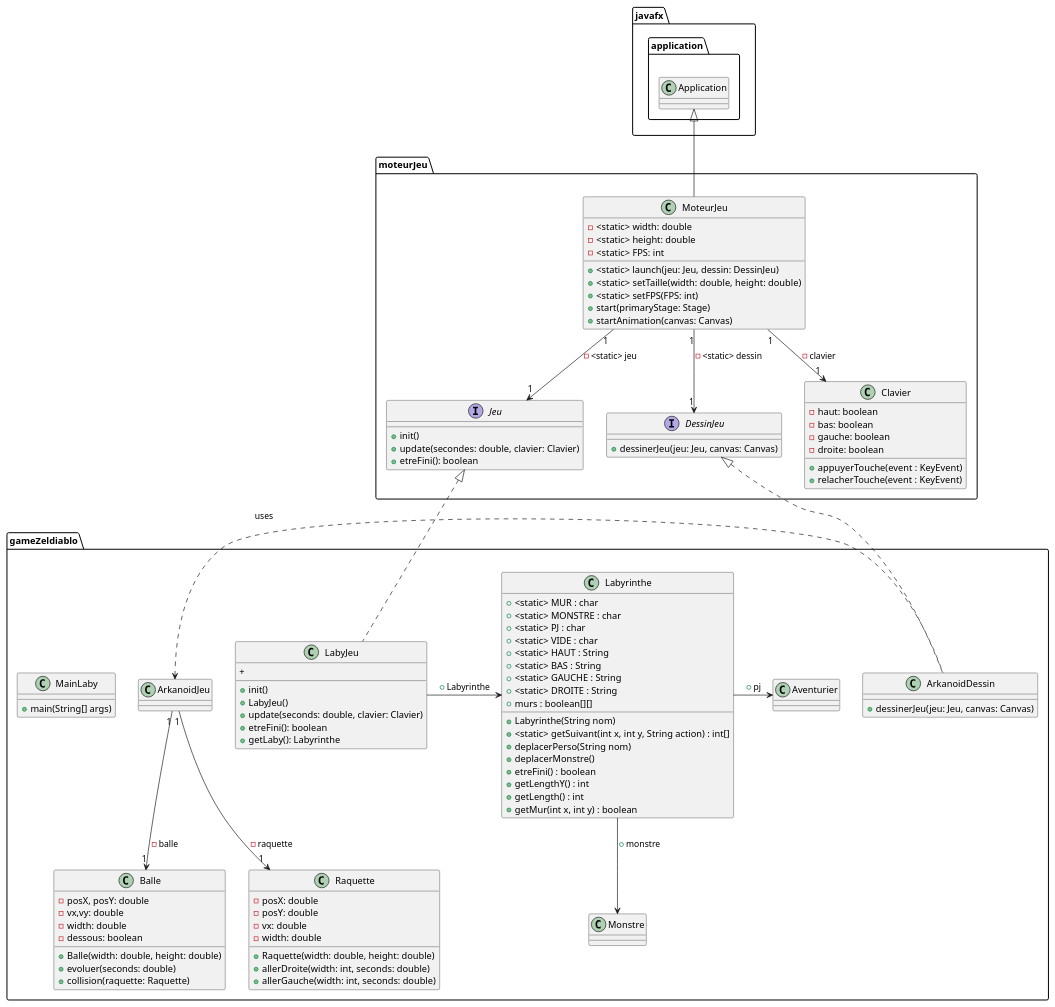
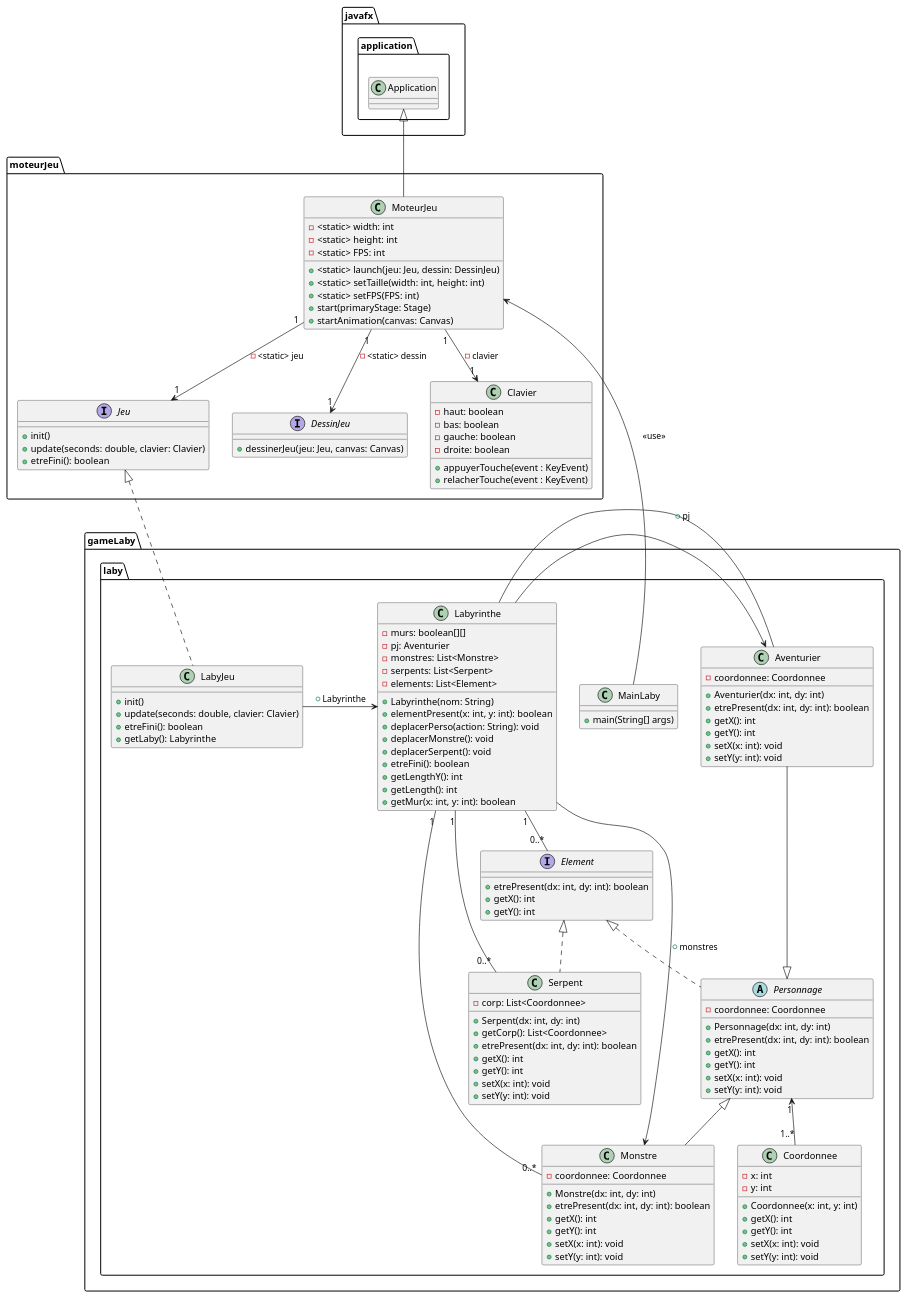
The diagram in documents/version_2/diagClass_v2.puml (1001ms/2023_Zeldiablo_walczak_amaglio_arcelin_berret_brun), drawn with PlantUML before and after one commit. The commit also changed 3 other files, not shown here.

Commit message:
ajout des diagrammes et image aventurier

```diff
--- a/documents/version_2/diagClass_v2.puml
+++ b/documents/version_2/diagClass_v2.puml
@@ -1,130 +1,161 @@
 @startuml
 
 package javafx.application{
 class Application{
 }
 }
 
 
 package moteurJeu{
 
 class MoteurJeu{
-- <static> width: double
-- <static> height: double
+- <static> width: int
+- <static> height: int
 - <static> FPS: int
 + <static> launch(jeu: Jeu, dessin: DessinJeu)
-+ <static> setTaille(width: double, height: double)
++ <static> setTaille(width: int, height: int)
 + <static> setFPS(FPS: int)
 + start(primaryStage: Stage)
 + startAnimation(canvas: Canvas)
 }
 
 Application <|-- MoteurJeu
 
 
 
 interface Jeu{
 + init()
-+ update(secondes: double, clavier: Clavier)
++ update(seconds: double, clavier: Clavier)
 + etreFini(): boolean
 }
 
 MoteurJeu "1" --> "1" Jeu : - <static> jeu
 
 
 interface DessinJeu{
 + dessinerJeu(jeu: Jeu, canvas: Canvas)
 }
 
 MoteurJeu "1" --> "1" DessinJeu : - <static> dessin
 
 class Clavier{
 - haut: boolean
 - bas: boolean
 - gauche: boolean
 - droite: boolean
 + appuyerTouche(event : KeyEvent)
 + relacherTouche(event : KeyEvent)
 }
 
 MoteurJeu "1" --> "1" Clavier : - clavier
 }
 
 
-package gameZeldiablo{
-
+package gameLaby.laby{
 class LabyJeu{
 + init()
-+ LabyJeu()
 + update(seconds: double, clavier: Clavier)
 + etreFini(): boolean
 + getLaby(): Labyrinthe
-+
 }
+
 Jeu <|.. LabyJeu
-class Labyrinthe{
- + <static> MUR : char
- + <static> MONSTRE : char
- + <static> PJ : char
- + <static> VIDE : char
- + <static> HAUT : String
- + <static> BAS : String
- + <static> GAUCHE : String
- + <static> DROITE : String
- + murs : boolean[][]
- + Labyrinthe(String nom)
- + <static> getSuivant(int x, int y, String action) : int[]
- + deplacerPerso(String nom)
- + deplacerMonstre()
- + etreFini() : boolean
- + getLengthY() : int
- + getLength() : int
- + getMur(int x, int y) : boolean
+
+class Aventurier {
+  - coordonnee: Coordonnee
+  + Aventurier(dx: int, dy: int)
+  + etrePresent(dx: int, dy: int): boolean
+  + getX(): int
+  + getY(): int
+  + setX(x: int): void
+  + setY(y: int): void
 }
+
+class Coordonnee {
+  - x: int
+  - y: int
+  + Coordonnee(x: int, y: int)
+  + getX(): int
+  + getY(): int
+  + setX(x: int): void
+  + setY(y: int): void
+}
+
+interface Element {
+  + etrePresent(dx: int, dy: int): boolean
+  + getX(): int
+  + getY(): int
+}
+
+class Monstre {
+  - coordonnee: Coordonnee
+  + Monstre(dx: int, dy: int)
+  + etrePresent(dx: int, dy: int): boolean
+  + getX(): int
+  + getY(): int
+  + setX(x: int): void
+  + setY(y: int): void
+}
+
+abstract class Personnage {
+  - coordonnee: Coordonnee
+  + Personnage(dx: int, dy: int)
+  + etrePresent(dx: int, dy: int): boolean
+  + getX(): int
+  + getY(): int
+  + setX(x: int): void
+  + setY(y: int): void
+}
+
+class Serpent {
+  - corp: List<Coordonnee>
+  + Serpent(dx: int, dy: int)
+  + getCorp(): List<Coordonnee>
+  + etrePresent(dx: int, dy: int): boolean
+  + getX(): int
+  + getY(): int
+  + setX(x: int): void
+  + setY(y: int): void
+}
+
+class Labyrinthe {
+  - murs: boolean[][]
+  - pj: Aventurier
+  - monstres: List<Monstre>
+  - serpents: List<Serpent>
+  - elements: List<Element>
+  + Labyrinthe(nom: String)
+  + elementPresent(x: int, y: int): boolean
+  + deplacerPerso(action: String): void
+  + deplacerMonstre(): void
+  + deplacerSerpent(): void
+  + etreFini(): boolean
+  + getLengthY(): int
+  + getLength(): int
+  + getMur(x: int, y: int): boolean
+}
+
+Aventurier --|> Personnage
+Personnage <|-- Monstre
+
+Personnage "1" <-- "1..*" Coordonnee
+Element <|.. Serpent
+Element <|.. Personnage
+
+Labyrinthe -- Aventurier
+Labyrinthe "1" -- "0..*" Monstre
+Labyrinthe "1" -- "0..*" Serpent
+Labyrinthe "1" -- "0..*" Element
+
 Labyrinthe <- LabyJeu : +Labyrinthe
 
-Labyrinthe --> Monstre : +monstre
+Labyrinthe --> Monstre : +monstres
 Labyrinthe -> Aventurier : +pj
 
 class MainLaby{
 + main(String[] args)
 }
 
-class Monstre
-
-class Raquette{
-- posX: double
-- posY: double
-- vx: double
-- width: double
-+ Raquette(width: double, height: double)
-+ allerDroite(width: int, seconds: double)
-+ allerGauche(width: int, seconds: double)
-}
-
-ArkanoidJeu "1" --> "1" Raquette : -raquette
-
-class Balle{
-- posX, posY: double
-- vx,vy: double
-- width: double
-- dessous: boolean
-+ Balle(width: double, height: double)
-+ evoluer(seconds: double)
-+ collision(raquette: Raquette)
-}
-
-
-ArkanoidJeu "1" --> "1" Balle : -balle
-
-
-class ArkanoidDessin{
-+ dessinerJeu(jeu: Jeu, canvas: Canvas)
-}
-
-DessinJeu <|.. ArkanoidDessin
-ArkanoidJeu <. ArkanoidDessin:uses
-}
-
+MainLaby --> MoteurJeu : <<use>>
 
 @enduml
```
